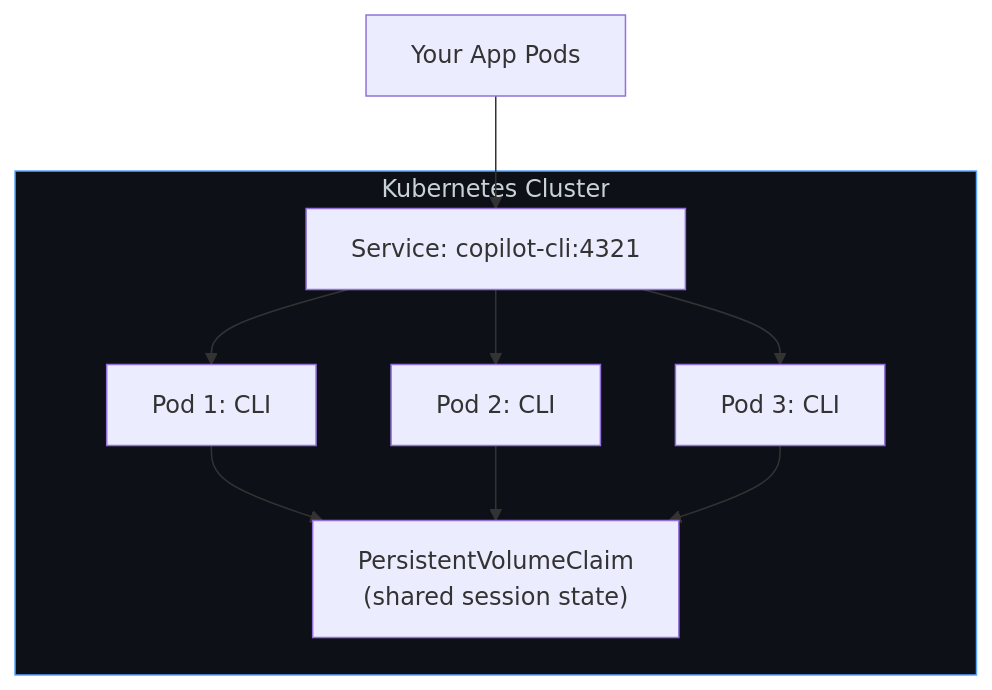
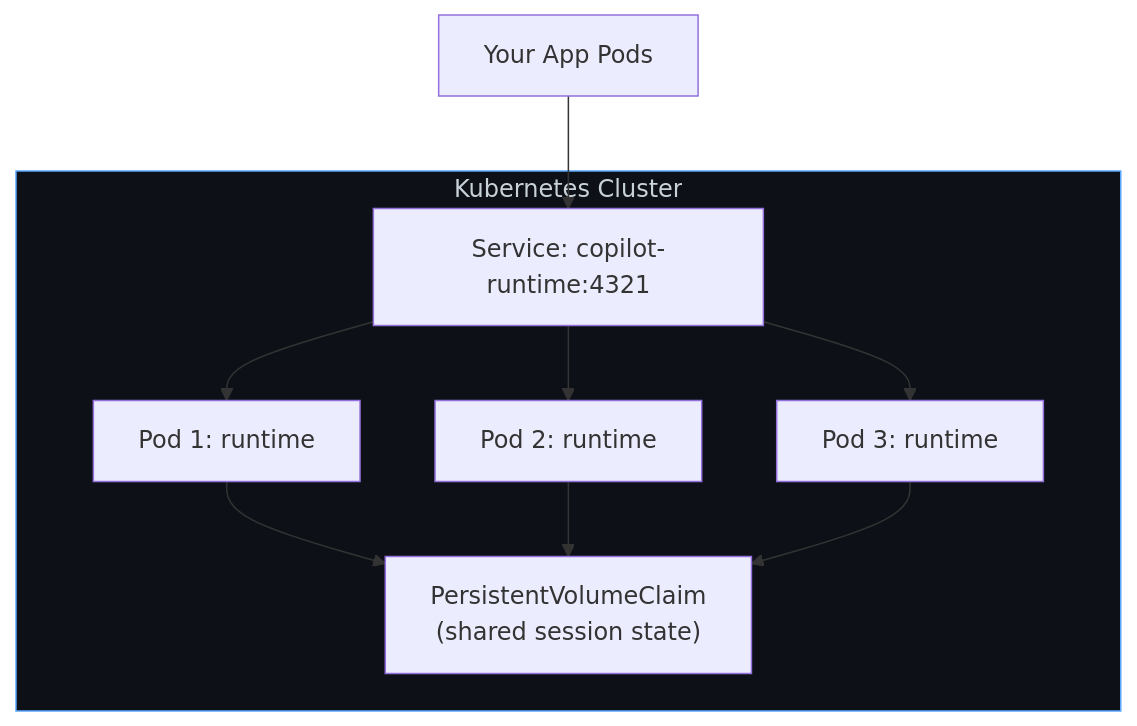
The ninth of 10 diagrams in docs/setup/scaling.md (jeremiahjordanisaacson/copilot-sdk-supercharged), drawn with Mermaid before and after one commit. The commit also changed other lines of this file and 35 other files, not shown here.

````diff
--- a/docs/setup/scaling.md
+++ b/docs/setup/scaling.md
@@ -807,21 +807,21 @@
 ```mermaid
 flowchart TB
     subgraph K8s["Kubernetes Cluster"]
-        Svc["Service: copilot-cli:4321"]
-        Pod1["Pod 1: CLI"]
-        Pod2["Pod 2: CLI"]
-        Pod3["Pod 3: CLI"]
+        Svc["Service: copilot-runtime:4321"]
+        Pod1["Pod 1: runtime"]
+        Pod2["Pod 2: runtime"]
+        Pod3["Pod 3: runtime"]
         PVC["PersistentVolumeClaim<br/>(shared session state)"]
     end
 
     App["Your App Pods"] --> Svc
     Svc --> Pod1
     Svc --> Pod2
     Svc --> Pod3
 
     Pod1 --> PVC
     Pod2 --> PVC
     Pod3 --> PVC
 
     style K8s fill:#0d1117,stroke:#58a6ff,color:#c9d1d9
 ```
````
